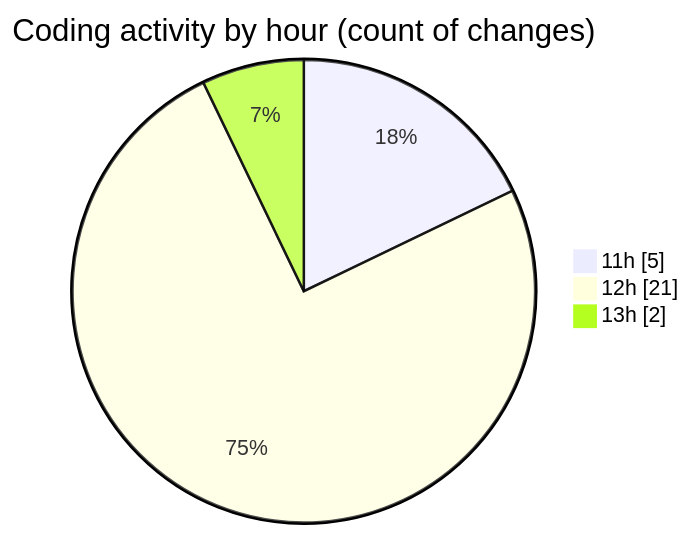
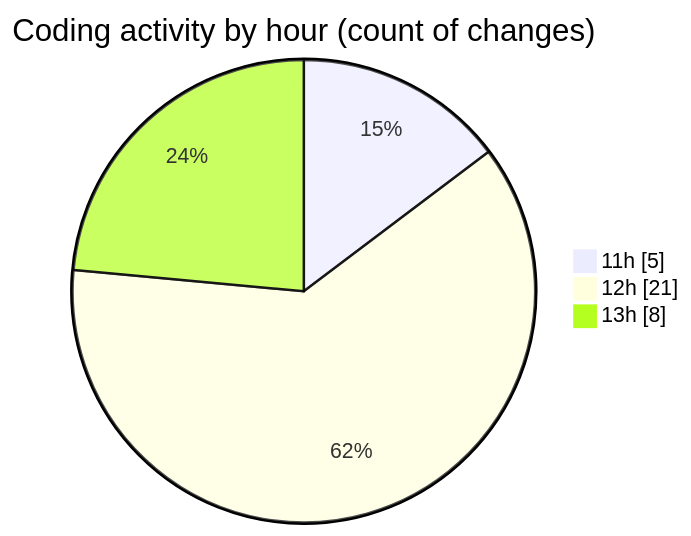
Before and after one commit to Elitesun/code-tracking: the second of 2 diagrams in 2025-03-11/projet_stage/README.md, drawn with Mermaid. The commit also changed other lines of this file and 1 other file, not shown here.

````diff
--- a/2025-03-11/projet_stage/README.md
+++ b/2025-03-11/projet_stage/README.md
@@ -37,7 +38,7 @@
 ```mermaid
 pie showData
 title Coding activity by hour (count of changes)
 "11h" : 5
 "12h" : 21
-"13h" : 2
+"13h" : 8
 ```
````
